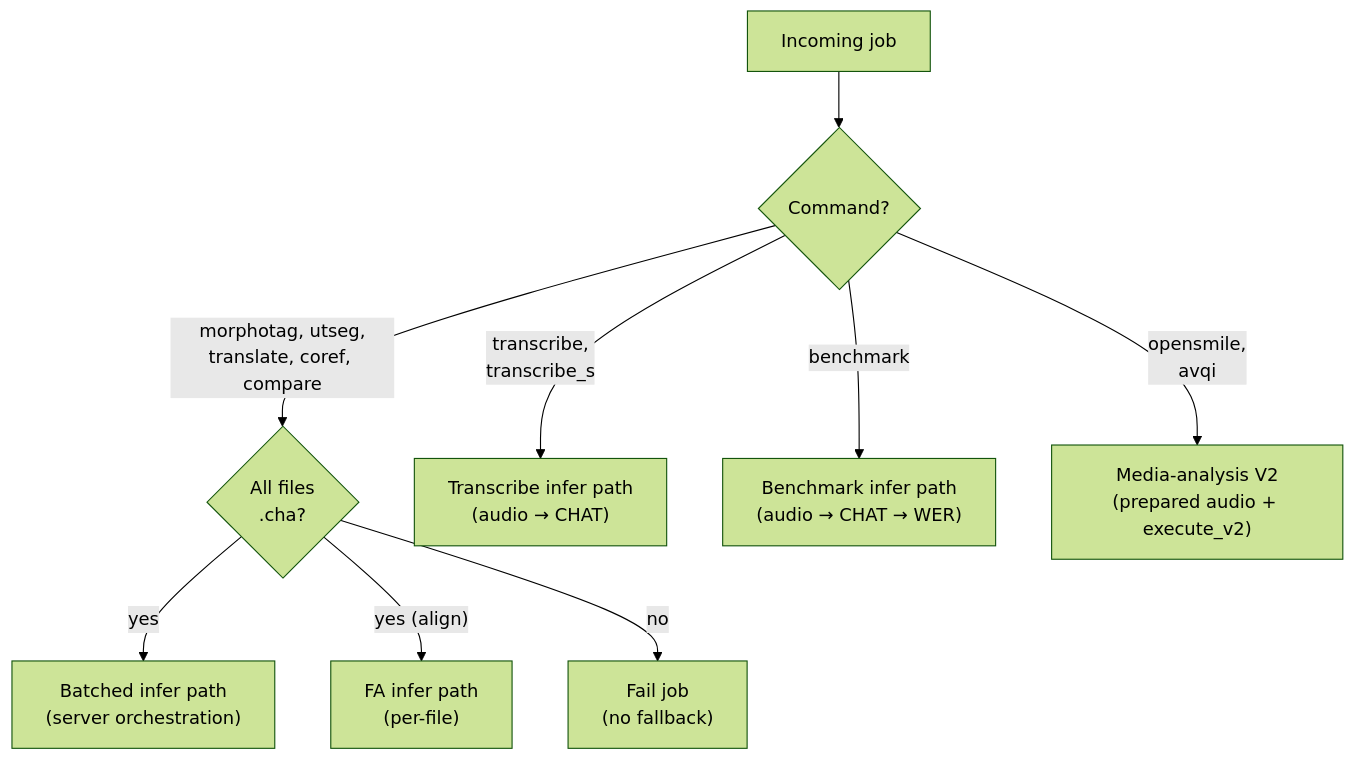
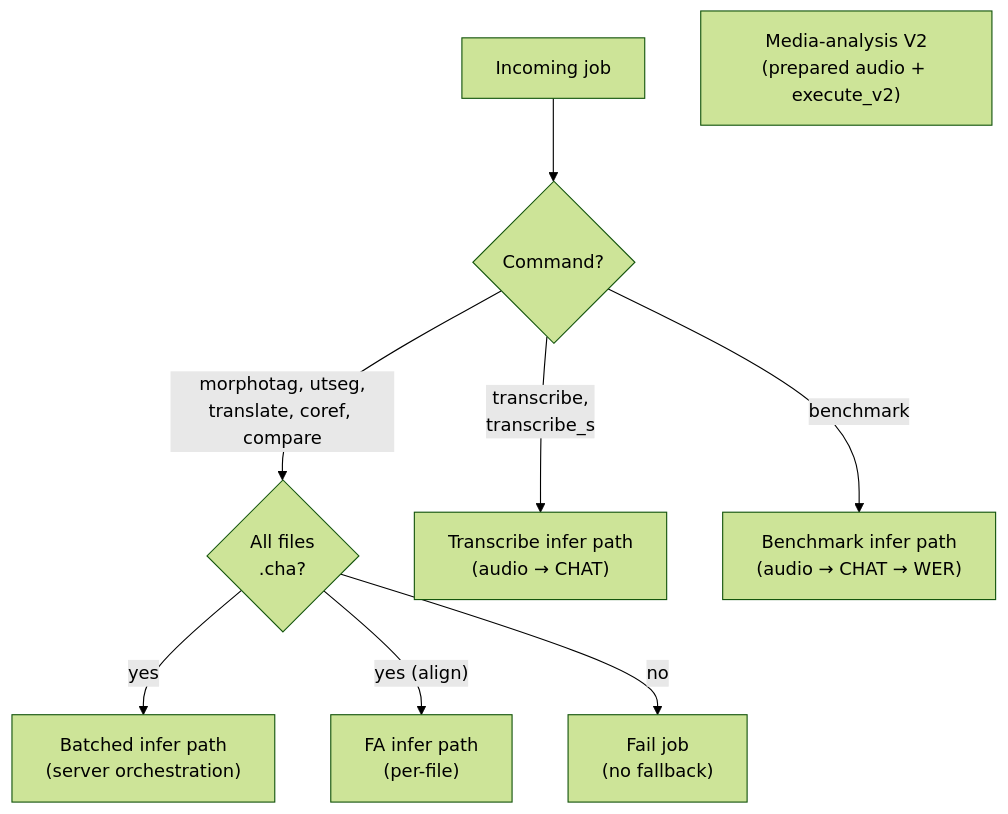
The second of 3 diagrams in book/src/architecture/python-rust-boundary/python-rust-boundary.md (Jemoka/talkbank-tools), drawn with Mermaid (forest theme) before and after one commit. The commit also changed other lines of this file and 146 other files, not shown here.

````diff
--- a/book/src/architecture/python-rust-boundary/python-rust-boundary.md
+++ b/book/src/architecture/python-rust-boundary/python-rust-boundary.md
@@ -63,21 +63,20 @@
 ```mermaid
 flowchart TD
     job["Incoming job"]
     cmd{"Command?"}
     allchat{"All files\n.cha?"}
     infer["Batched infer path\n(server orchestration)"]
     fainfer["FA infer path\n(per-file)"]
     transcribe["Transcribe infer path\n(audio → CHAT)"]
     benchmark["Benchmark infer path\n(audio → CHAT → WER)"]
     media["Media-analysis V2\n(prepared audio + execute_v2)"]
     fail["Fail job\n(no fallback)"]
 
     job --> cmd
     cmd -->|"morphotag, utseg,\ntranslate, coref, compare"| allchat
     cmd -->|"transcribe,\ntranscribe_s"| transcribe
     cmd -->|benchmark| benchmark
-    cmd -->|"opensmile,\navqi"| media
     allchat -->|yes| infer
     allchat -->|"yes (align)"| fainfer
     allchat -->|no| fail
 ```
````
